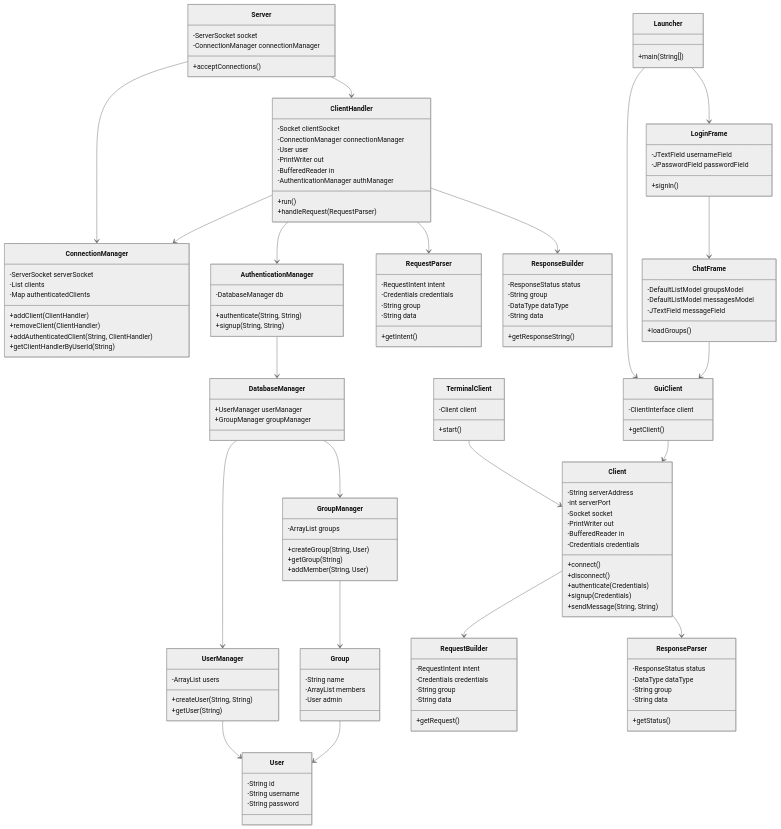
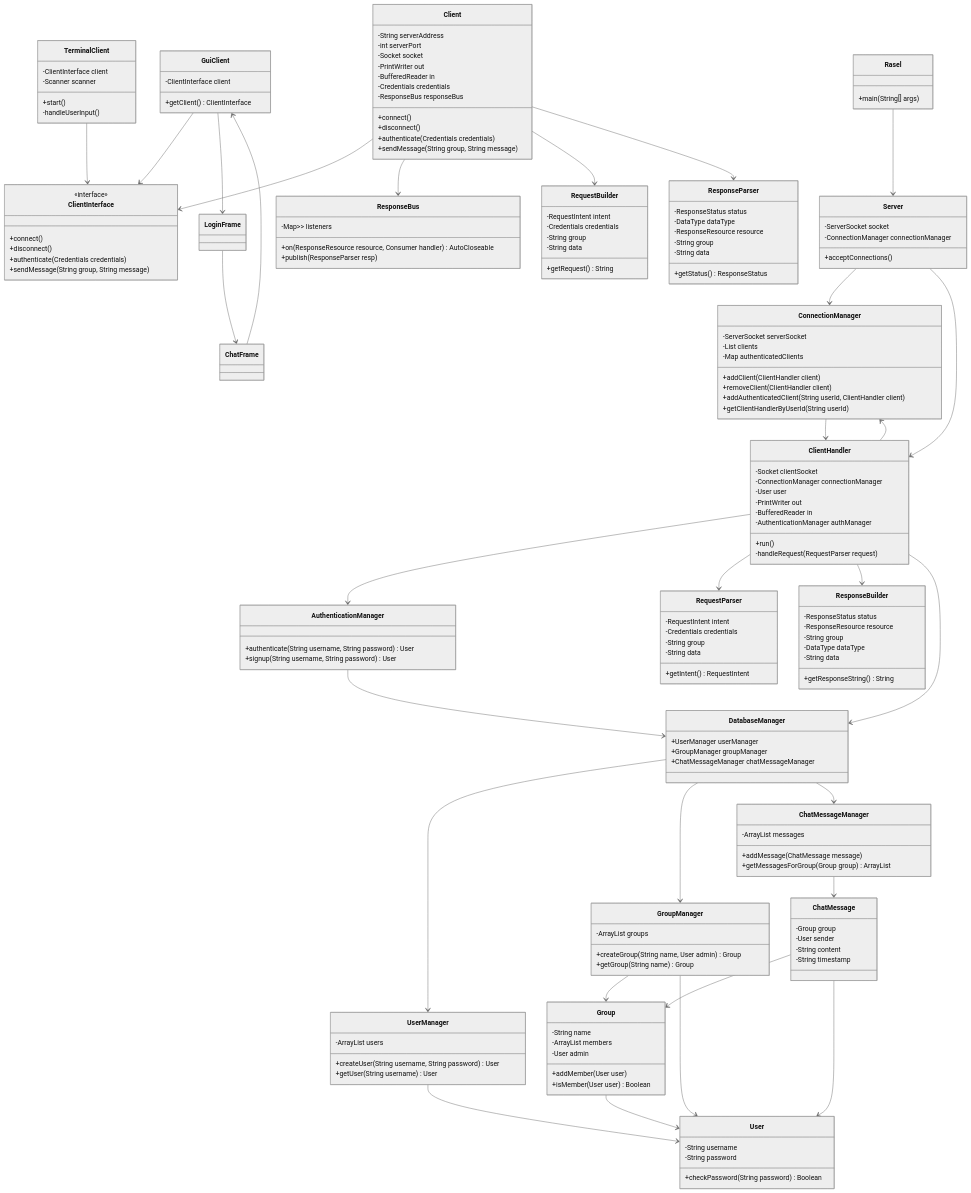
Before and after one commit to ahmedshayea/Jrasel: the diagram in README.md, drawn with Mermaid (neutral theme). The commit also changed other lines of this file, not shown here.

Commit message:
updated the readme class diagram to reflect new classes and improvements

````diff
--- a/README.md
+++ b/README.md
@@ -83,5 +71,9 @@
 ```mermaid
 classDiagram
+    class Rasel {
+        +main(String[] args)
+    }
+
     class Server {
         -ServerSocket socket
         -ConnectionManager connectionManager
@@ -96,53 +88,22 @@
         -BufferedReader in
         -AuthenticationManager authManager
         +run()
-        +handleRequest(RequestParser)
+        -handleRequest(RequestParser request)
     }
 
     class ConnectionManager {
         -ServerSocket serverSocket
         -List<ClientHandler> clients
         -Map<String, ClientHandler> authenticatedClients
-        +addClient(ClientHandler)
-        +removeClient(ClientHandler)
-        +addAuthenticatedClient(String, ClientHandler)
-        +getClientHandlerByUserId(String)
+        +addClient(ClientHandler client)
+        +removeClient(ClientHandler client)
+        +addAuthenticatedClient(String userId, ClientHandler client)
+        +getClientHandlerByUserId(String userId)
     }
 
     class AuthenticationManager {
-        -DatabaseManager db
-        +authenticate(String, String)
-        +signup(String, String)
-    }
-
-    class DatabaseManager {
-        +UserManager userManager
-        +GroupManager groupManager
-    }
-
-    class UserManager {
-        -ArrayList<User> users
-        +createUser(String, String)
-        +getUser(String)
-    }
-
-    class GroupManager {
-        -ArrayList<Group> groups
-        +createGroup(String, User)
-        +getGroup(String)
-        +addMember(String, User)
-    }
-
-    class User {
-        -String id
-        -String username
-        -String password
-    }
-
-    class Group {
-        -String name
-        -ArrayList<User> members
-        -User admin
+        +authenticate(String username, String password) User
+        +signup(String username, String password) User
     }
 
     class Client {
@@ -152,38 +113,37 @@
         -PrintWriter out
         -BufferedReader in
         -Credentials credentials
+        -ResponseBus responseBus
         +connect()
         +disconnect()
-        +authenticate(Credentials)
-        +signup(Credentials)
-        +sendMessage(String, String)
+        +authenticate(Credentials credentials)
+        +sendMessage(String group, String message)
+    }
+
+    class ClientInterface {
+        <<interface>>
+        +connect()
+        +disconnect()
+        +authenticate(Credentials credentials)
+        +sendMessage(String group, String message)
     }
 
     class TerminalClient {
-        -Client client
+        -ClientInterface client
+        -Scanner scanner
         +start()
+        -handleUserInput()
     }
 
     class GuiClient {
         -ClientInterface client
-        +getClient()
+        +getClient() ClientInterface
     }
 
-    class Launcher {
-        +main(String[])
-    }
-
-    class LoginFrame {
-        -JTextField usernameField
-        -JPasswordField passwordField
-        +signIn()
-    }
-
-    class ChatFrame {
-        -DefaultListModel<String> groupsModel
-        -DefaultListModel<ChatMessage> messagesModel
-        -JTextField messageField
-        +loadGroups()
+    class ResponseBus {
+        -Map<ResponseResource, CopyOnWriteArrayList<Consumer<ResponseParser>>> listeners
+        +on(ResponseResource resource, Consumer<ResponseParser> handler) AutoCloseable
+        +publish(ResponseParser resp)
     }
 
     class RequestBuilder {
@@ -191,7 +151,16 @@
         -Credentials credentials
         -String group
         -String data
-        +getRequest()
+        +getRequest() String
+    }
+
+    class ResponseBuilder {
+        -ResponseStatus status
+        -ResponseResource resource
+        -String group
+        -DataType dataType
+        -String data
+        +getResponseString() String
     }
 
     class RequestParser {
@@ -199,43 +168,92 @@
         -Credentials credentials
         -String group
         -String data
-        +getIntent()
-    }
-
-    class ResponseBuilder {
-        -ResponseStatus status
-        -String group
-        -DataType dataType
-        -String data
-        +getResponseString()
+        +getIntent() RequestIntent
     }
 
     class ResponseParser {
         -ResponseStatus status
         -DataType dataType
+        -ResponseResource resource
         -String group
         -String data
-        +getStatus()
+        +getStatus() ResponseStatus
     }
 
+    class DatabaseManager {
+        +UserManager userManager
+        +GroupManager groupManager
+        +ChatMessageManager chatMessageManager
+    }
+
+    class UserManager {
+        -ArrayList<User> users
+        +createUser(String username, String password) User
+        +getUser(String username) User
+    }
+
+    class GroupManager {
+        -ArrayList<Group> groups
+        +createGroup(String name, User admin) Group
+        +getGroup(String name) Group
+    }
+
+    class ChatMessageManager {
+        -ArrayList<ChatMessage> messages
+        +addMessage(ChatMessage message)
+        +getMessagesForGroup(Group group) ArrayList<ChatMessage>
+    }
+
+    class User {
+        -String username
+        -String password
+        +checkPassword(String password) Boolean
+    }
+
+    class Group {
+        -String name
+        -ArrayList<User> members
+        -User admin
+        +addMember(User user)
+        +isMember(User user) Boolean
+    }
+
+    class ChatMessage {
+        -Group group
+        -User sender
+        -String content
+        -String timestamp
+    }
+
+    Rasel --> Server
     Server --> ConnectionManager
     Server --> ClientHandler
     ClientHandler --> ConnectionManager
     ClientHandler --> AuthenticationManager
     ClientHandler --> RequestParser
     ClientHandler --> ResponseBuilder
+    ClientHandler --> DatabaseManager
+    ConnectionManager --> ClientHandler
     AuthenticationManager --> DatabaseManager
+    Client --> ClientInterface
+    Client --> ResponseBus
+    Client --> RequestBuilder
+    Client --> ResponseParser
+    TerminalClient --> ClientInterface
+    GuiClient --> ClientInterface
+    GuiClient --> LoginFrame
+    LoginFrame --> ChatFrame
+    ChatFrame --> GuiClient
     DatabaseManager --> UserManager
     DatabaseManager --> GroupManager
+    DatabaseManager --> ChatMessageManager
     UserManager --> User
     GroupManager --> Group
+    GroupManager --> User
+
     Group --> User
-    Client --> RequestBuilder
-    Client --> ResponseParser
-    TerminalClient --> Client
-    GuiClient --> Client
-    Launcher --> GuiClient
-    Launcher --> LoginFrame
-    LoginFrame --> ChatFrame
-    ChatFrame --> GuiClient
+    ChatMessageManager --> ChatMessage
+    ChatMessage --> Group
+    ChatMessage --> User
+
 ```
````
